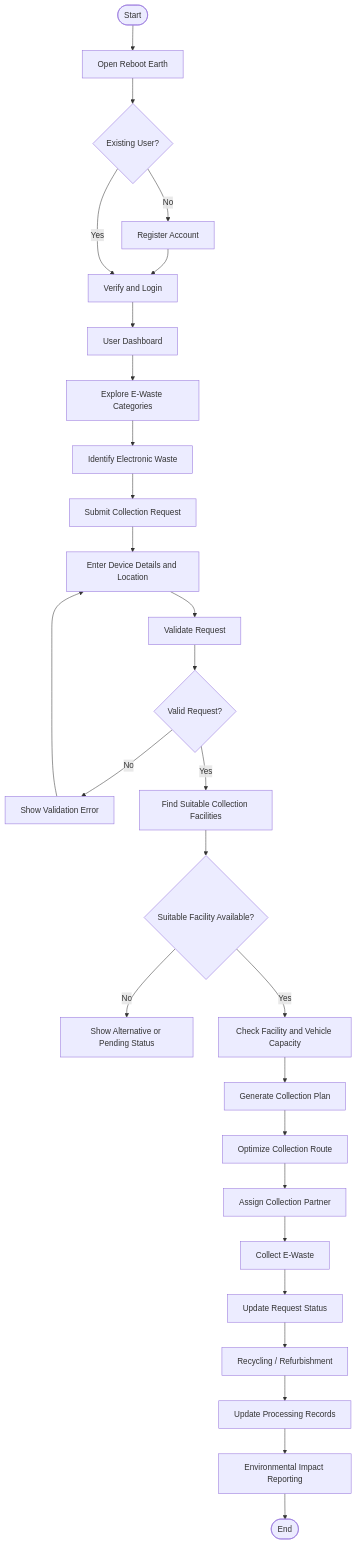
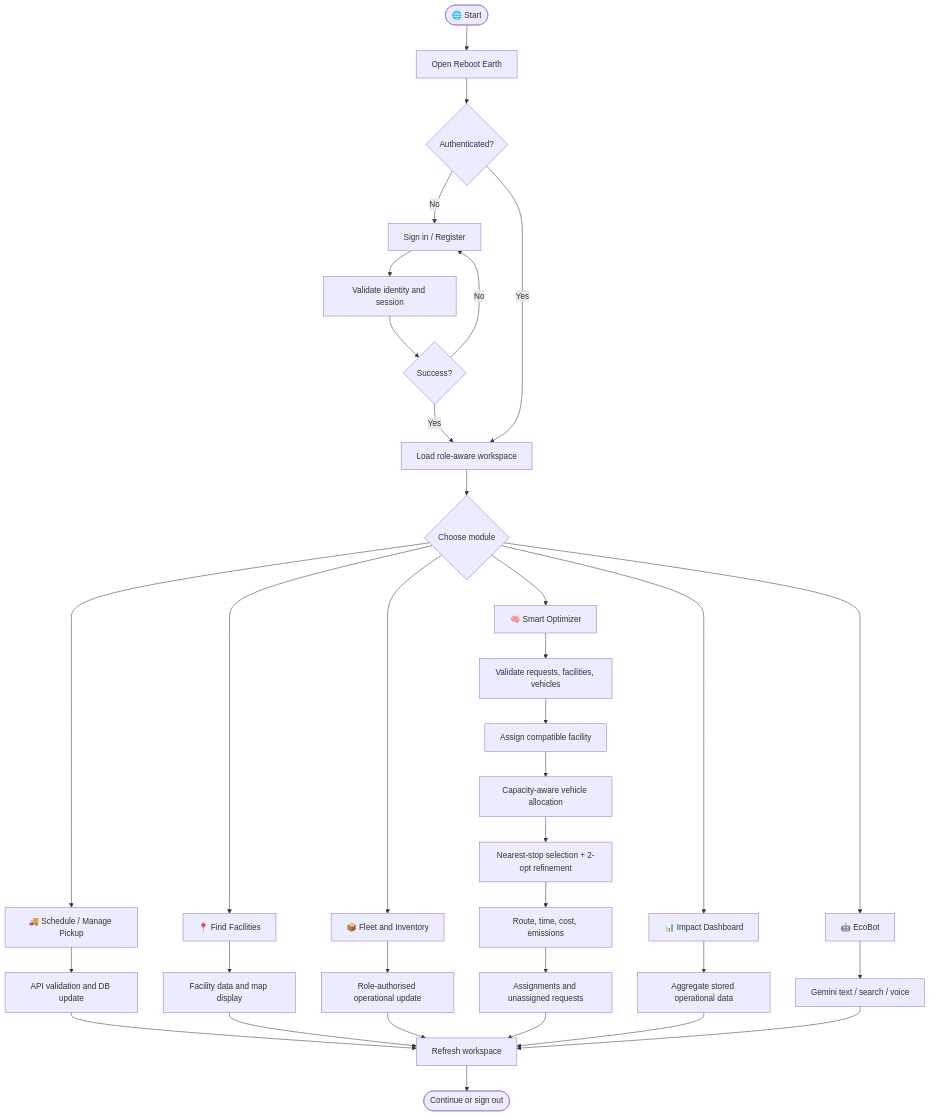
The first of 8 diagrams in README.md (raunakcse25-star/reboot-earth-e-waste-optimizer), drawn with Mermaid before and after one commit. The commit also changed other lines of this file, not shown here.

````diff
--- a/README.md
+++ b/README.md
@@ -244,40 +180,36 @@
 ```mermaid
 flowchart TD
-    A([Start]) --> B[Open Reboot Earth]
-    B --> C{Existing User?}
-
-    C -->|No| D[Register Account]
-    D --> E[Verify and Login]
-
-    C -->|Yes| E
-
-    E --> F[User Dashboard]
-    F --> G[Explore E-Waste Categories]
-    G --> H[Identify Electronic Waste]
-    H --> I[Submit Collection Request]
-
-    I --> J[Enter Device Details and Location]
-    J --> K[Validate Request]
-
-    K --> L{Valid Request?}
-    L -->|No| M[Show Validation Error]
-    M --> J
-
-    L -->|Yes| N[Find Suitable Collection Facilities]
-    N --> O{Suitable Facility Available?}
-
-    O -->|No| P[Show Alternative or Pending Status]
-    O -->|Yes| Q[Check Facility and Vehicle Capacity]
-
-    Q --> R[Generate Collection Plan]
-    R --> S[Optimize Collection Route]
-    S --> T[Assign Collection Partner]
-
-    T --> U[Collect E-Waste]
-    U --> V[Update Request Status]
-    V --> W[Recycling / Refurbishment]
-    W --> X[Update Processing Records]
-    X --> Y[Environmental Impact Reporting]
-
-    Y --> Z([End])
+    A([🌐 Start]) --> B[Open Reboot Earth]
+    B --> C{Authenticated?}
+    C -- No --> D[Sign in / Register]
+    D --> E[Validate identity and session]
+    E --> F{Success?}
+    F -- No --> D
+    F -- Yes --> G[Load role-aware workspace]
+    C -- Yes --> G
+    G --> H{Choose module}
+    H --> I[🚚 Schedule / Manage Pickup]
+    H --> J[📍 Find Facilities]
+    H --> K[📦 Fleet and Inventory]
+    H --> L[🧠 Smart Optimizer]
+    H --> M[📊 Impact Dashboard]
+    H --> N[🤖 EcoBot]
+    I --> O[API validation and DB update]
+    J --> P[Facility data and map display]
+    K --> Q[Role-authorised operational update]
+    L --> R[Validate requests, facilities, vehicles]
+    R --> S[Assign compatible facility]
+    S --> T[Capacity-aware vehicle allocation]
+    T --> U[Nearest-stop selection + 2-opt refinement]
+    U --> V[Route, time, cost, emissions]
+    V --> W[Assignments and unassigned requests]
+    M --> X[Aggregate stored operational data]
+    N --> Y[Gemini text / search / voice]
+    O --> Z[Refresh workspace]
+    P --> Z
+    Q --> Z
+    W --> Z
+    X --> Z
+    Y --> Z
+    Z --> AA([Continue or sign out])
 ```
````
